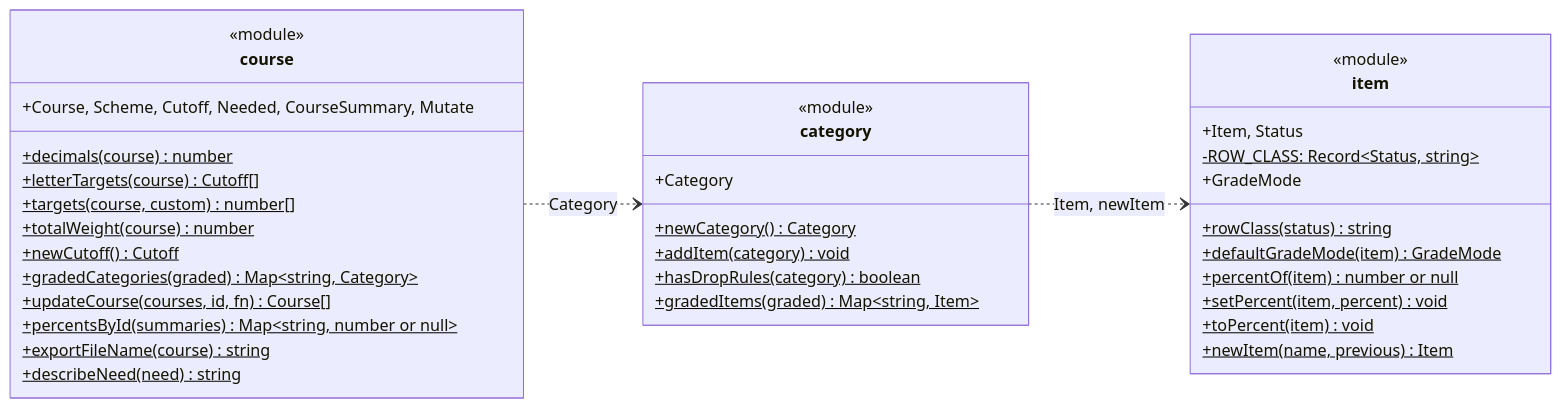
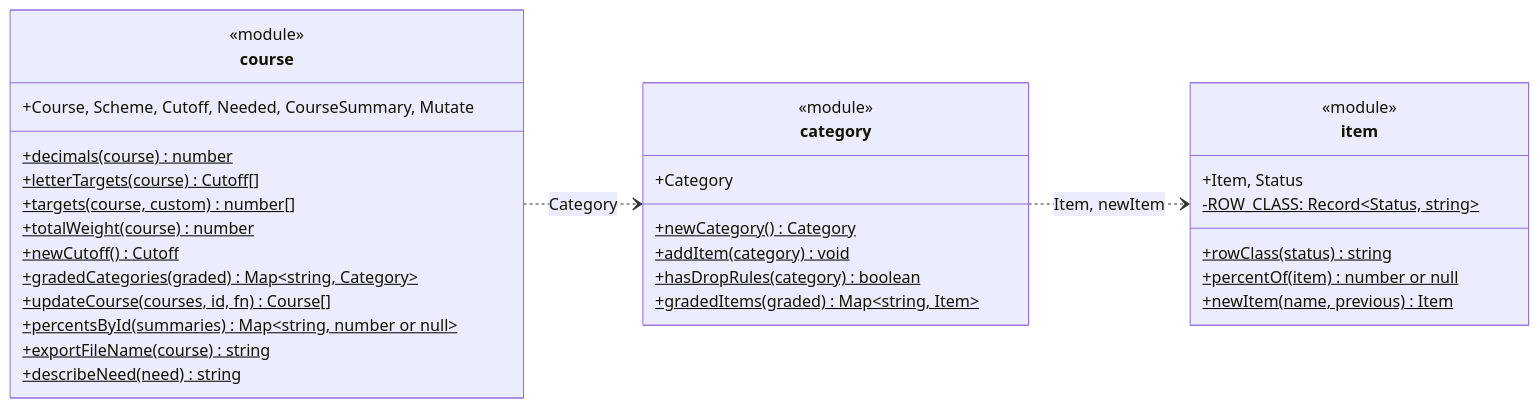
The ninth of 9 diagrams in docs/uml.md (Patman1O1/grade-calculator), drawn with Mermaid before and after one commit. The commit also changed other lines of this file and 6 other files, not shown here.

````diff
--- a/docs/uml.md
+++ b/docs/uml.md
@@ -426,40 +414,36 @@
 ```mermaid
 classDiagram
   direction LR
   class course {
     <<module>>
     +Course, Scheme, Cutoff, Needed, CourseSummary, Mutate
     +decimals(course)$ number
     +letterTargets(course)$ Cutoff[]
     +targets(course, custom)$ number[]
     +totalWeight(course)$ number
     +newCutoff()$ Cutoff
     +gradedCategories(graded)$ Map~string, Category~
     +updateCourse(courses, id, fn)$ Course[]
     +percentsById(summaries)$ Map~string, number or null~
     +exportFileName(course)$ string
     +describeNeed(need)$ string
   }
   class category {
     <<module>>
     +Category
     +newCategory()$ Category
     +addItem(category)$ void
     +hasDropRules(category)$ boolean
     +gradedItems(graded)$ Map~string, Item~
   }
   class item {
     <<module>>
     +Item, Status
     -ROW_CLASS: Record~Status, string~$
     +rowClass(status)$ string
-    +GradeMode
-    +defaultGradeMode(item)$ GradeMode
     +percentOf(item)$ number or null
-    +setPercent(item, percent)$ void
-    +toPercent(item)$ void
     +newItem(name, previous)$ Item
   }
   course ..> category : Category
   category ..> item : Item, newItem
 ```
````
